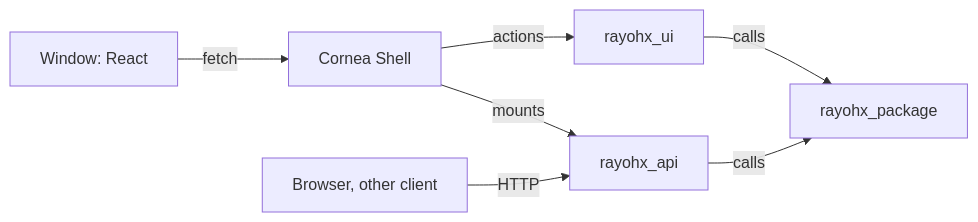
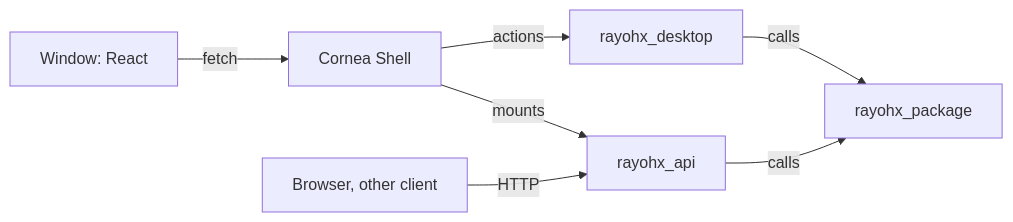
Before and after one commit to coldsofttech/RayoHX-Desktop: the third of 3 diagrams in docs/architecture.md, drawn with Mermaid. The commit also changed other lines of this file and 48 other files, not shown here.

````diff
--- a/docs/architecture.md
+++ b/docs/architecture.md
@@ -62,9 +62,9 @@
 ```mermaid
 flowchart LR
     W[Window: React] -->|fetch| S[Cornea Shell]
     S -->|mounts| A[rayohx_api]
-    S -->|actions| U[rayohx_ui]
+    S -->|actions| U[rayohx_desktop]
     B[Browser, other client] -->|HTTP| A
     A -->|calls| L[rayohx_package]
     U -->|calls| L
 ```
````
